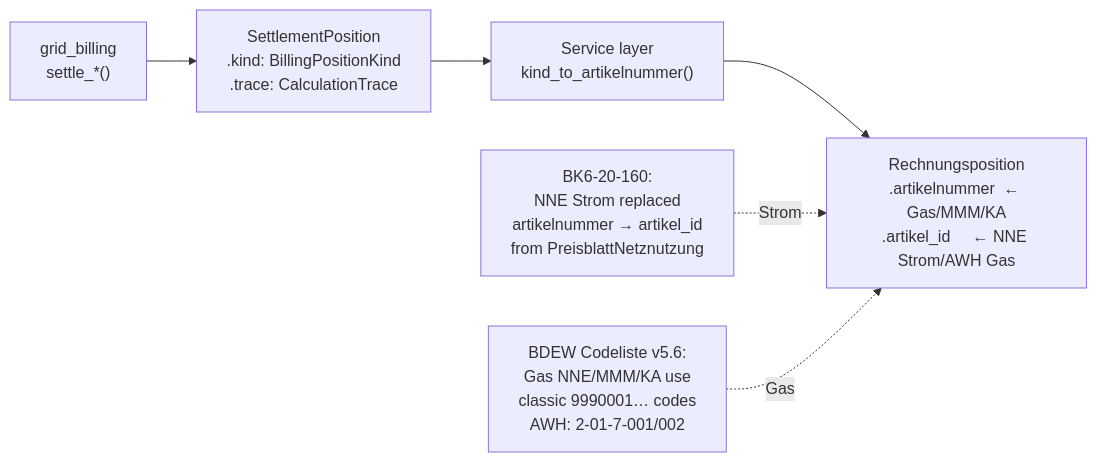
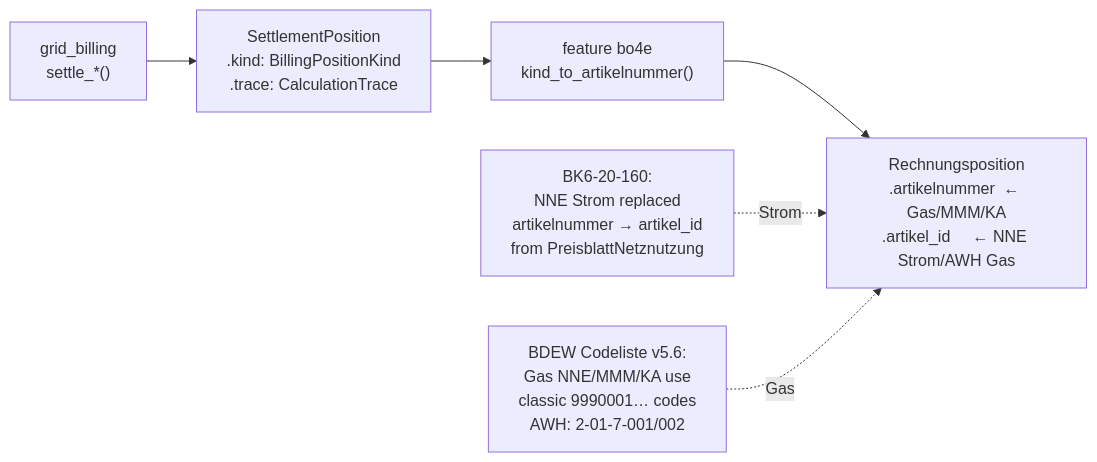
One commit to hupe1980/mako changed the diagram in crates/grid-billing/README.md. Above: the diagram before and after it, drawn with Mermaid. The commit also changed other lines of this file and 490 other files, not shown here.

````diff
--- a/crates/grid-billing/README.md
+++ b/crates/grid-billing/README.md
@@ -423,15 +467,15 @@
 ```mermaid
 flowchart LR
     calc["grid_billing<br/>settle_*()"]
     pos["SettlementPosition<br/>.kind: BillingPositionKind<br/>.trace: CalculationTrace"]
-    svc["Service layer<br/>kind_to_artikelnummer()"]
+    bridge["feature bo4e<br/>kind_to_artikelnummer()"]
     bo4e["Rechnungsposition<br/>.artikelnummer  ← Gas/MMM/KA<br/>.artikel_id     ← NNE Strom/AWH Gas"]
 
-    calc --> pos --> svc --> bo4e
+    calc --> pos --> bridge --> bo4e
 
     note1["BK6-20-160:<br/>NNE Strom replaced<br/>artikelnummer → artikel_id<br/>from PreisblattNetznutzung"]
     note2["BDEW Codeliste v5.6:<br/>Gas NNE/MMM/KA use<br/>classic 9990001… codes<br/>AWH: 2-01-7-001/002"]
 
     note1 -.->|Strom| bo4e
     note2 -.->|Gas| bo4e
 ```
````
